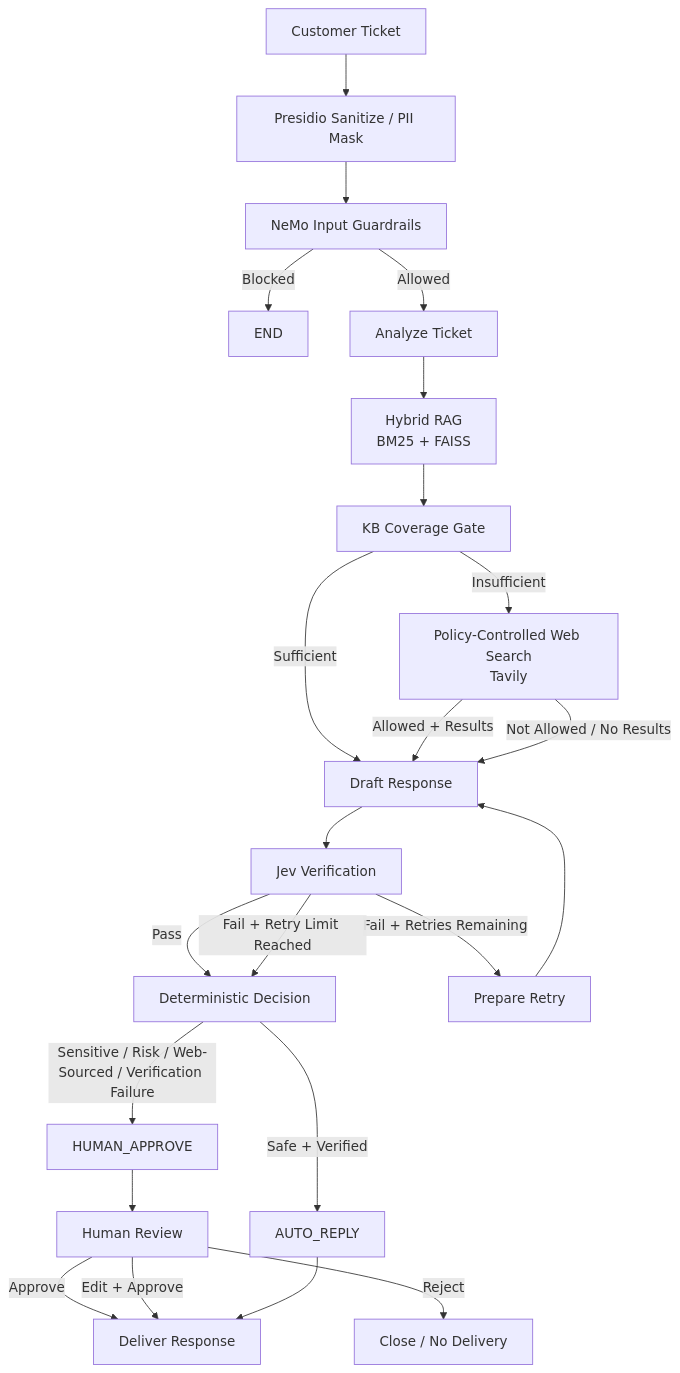
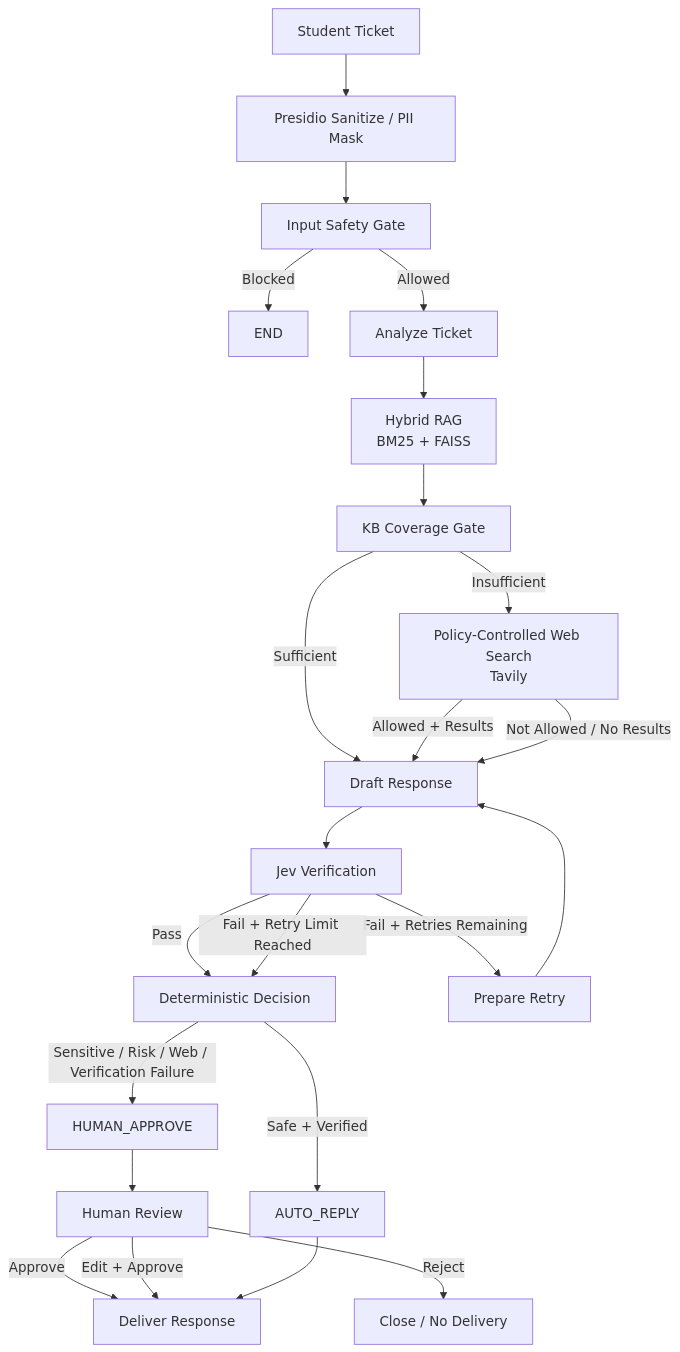
The first of 2 diagrams in README.md (AlienXc137/Support-Ticket-Ai-Agent-with-RAG-Guardrails-and-Jev), drawn with Mermaid before and after one commit. The commit also changed other lines of this file and 2 other files, not shown here.

````diff
--- a/README.md
+++ b/README.md
@@ -39,34 +42,34 @@
 ```mermaid
 flowchart TD
-    A[Customer Ticket] --> B[Presidio Sanitize / PII Mask]
-    B --> C[NeMo Input Guardrails]
+    A[Student Ticket] --> B[Presidio Sanitize / PII Mask]
+    B --> C[Input Safety Gate]
 
     C -->|Blocked| X[END]
     C -->|Allowed| D[Analyze Ticket]
 
     D --> E[Hybrid RAG<br/>BM25 + FAISS]
     E --> F[KB Coverage Gate]
 
     F -->|Sufficient| H[Draft Response]
     F -->|Insufficient| G[Policy-Controlled Web Search<br/>Tavily]
 
     G -->|Allowed + Results| H
     G -->|Not Allowed / No Results| H
 
     H --> I[Jev Verification]
 
     I -->|Pass| J[Deterministic Decision]
     I -->|Fail + Retries Remaining| K[Prepare Retry]
     K --> H
     I -->|Fail + Retry Limit Reached| J
 
     J -->|Safe + Verified| L[AUTO_REPLY]
-    J -->|Sensitive / Risk / Web-Sourced / Verification Failure| M[HUMAN_APPROVE]
+    J -->|Sensitive / Risk / Web / Verification Failure| M[HUMAN_APPROVE]
 
     M --> N[Human Review]
     N -->|Approve| O[Deliver Response]
     N -->|Edit + Approve| O
     N -->|Reject| P[Close / No Delivery]
 
     L --> O
 ```
````
